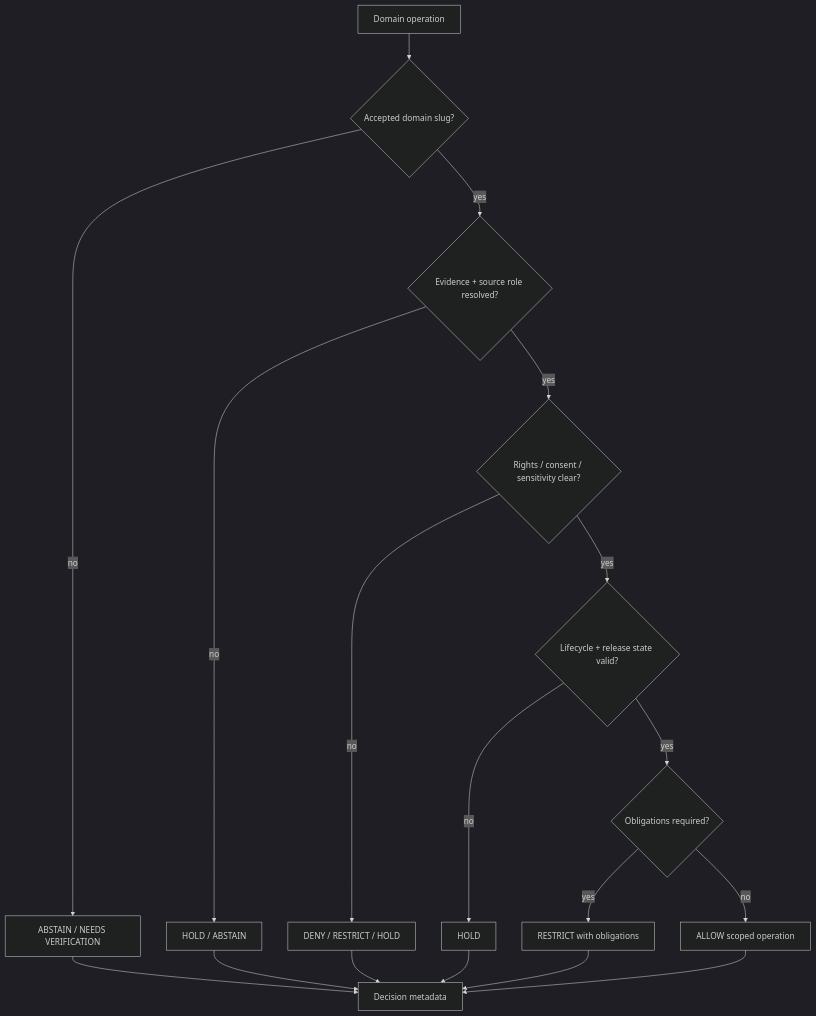
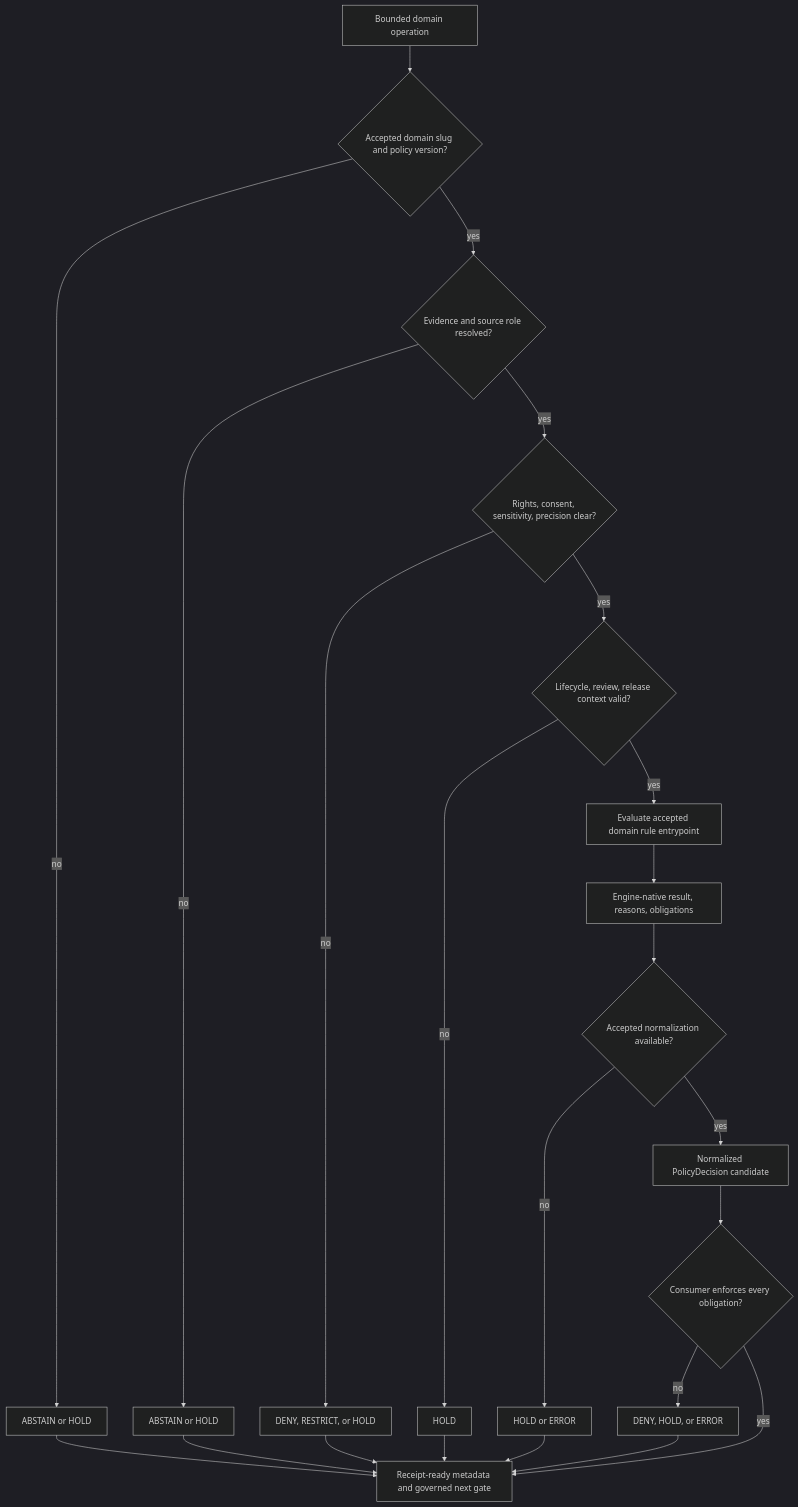
Before and after one commit to bartytime4life/Kansas-Frontier-Matrix: the diagram in policy/domains/README.md, drawn with Mermaid (dark theme). The commit also changed other lines of this file, not shown here.

Commit message:
docs: modernize domain policy README

````diff
--- a/policy/domains/README.md
+++ b/policy/domains/README.md
@@ -212,21 +422,26 @@
 ```mermaid
 flowchart TD
-    req["Domain operation"] --> slug{"Accepted domain slug?"}
-    slug -->|no| abstain["ABSTAIN / NEEDS VERIFICATION"]
-    slug -->|yes| evidence{"Evidence + source role resolved?"}
-    evidence -->|no| hold1["HOLD / ABSTAIN"]
-    evidence -->|yes| rights{"Rights / consent / sensitivity clear?"}
-    rights -->|no| gate["DENY / RESTRICT / HOLD"]
-    rights -->|yes| lifecycle{"Lifecycle + release state valid?"}
-    lifecycle -->|no| hold2["HOLD"]
-    lifecycle -->|yes| obligations{"Obligations required?"}
-    obligations -->|yes| restrict["RESTRICT with obligations"]
-    obligations -->|no| allow["ALLOW scoped operation"]
+    request["Bounded domain operation"] --> slug{"Accepted domain slug and policy version?"}
+    slug -->|no| unresolved["ABSTAIN or HOLD"]
+    slug -->|yes| support{"Evidence and source role resolved?"}
+    support -->|no| unsupported["ABSTAIN or HOLD"]
+    support -->|yes| safety{"Rights, consent, sensitivity, precision clear?"}
+    safety -->|no| protected["DENY, RESTRICT, or HOLD"]
+    safety -->|yes| state{"Lifecycle, review, release context valid?"}
+    state -->|no| pending["HOLD"]
+    state -->|yes| evaluate["Evaluate accepted domain rule entrypoint"]
+    evaluate --> native["Engine-native result, reasons, obligations"]
+    native --> normalize{"Accepted normalization available?"}
+    normalize -->|no| mapping["HOLD or ERROR"]
+    normalize -->|yes| decision["Normalized PolicyDecision candidate"]
+    decision --> enforce{"Consumer enforces every obligation?"}
+    enforce -->|no| failclosed["DENY, HOLD, or ERROR"]
+    enforce -->|yes| audit["Receipt-ready metadata and governed next gate"]
 
-    allow --> audit["Decision metadata"]
-    restrict --> audit
-    gate --> audit
-    hold1 --> audit
-    hold2 --> audit
-    abstain --> audit
+    unresolved --> audit
+    unsupported --> audit
+    protected --> audit
+    pending --> audit
+    mapping --> audit
+    failclosed --> audit
 ```
````
